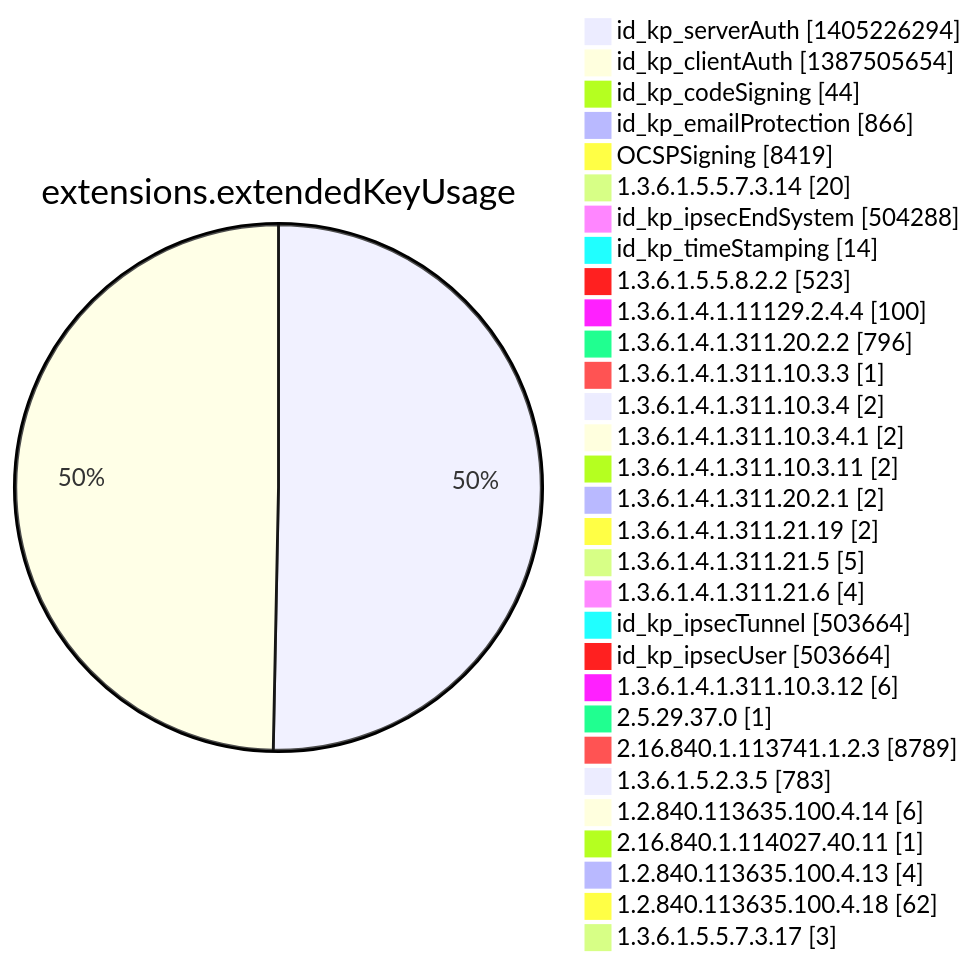
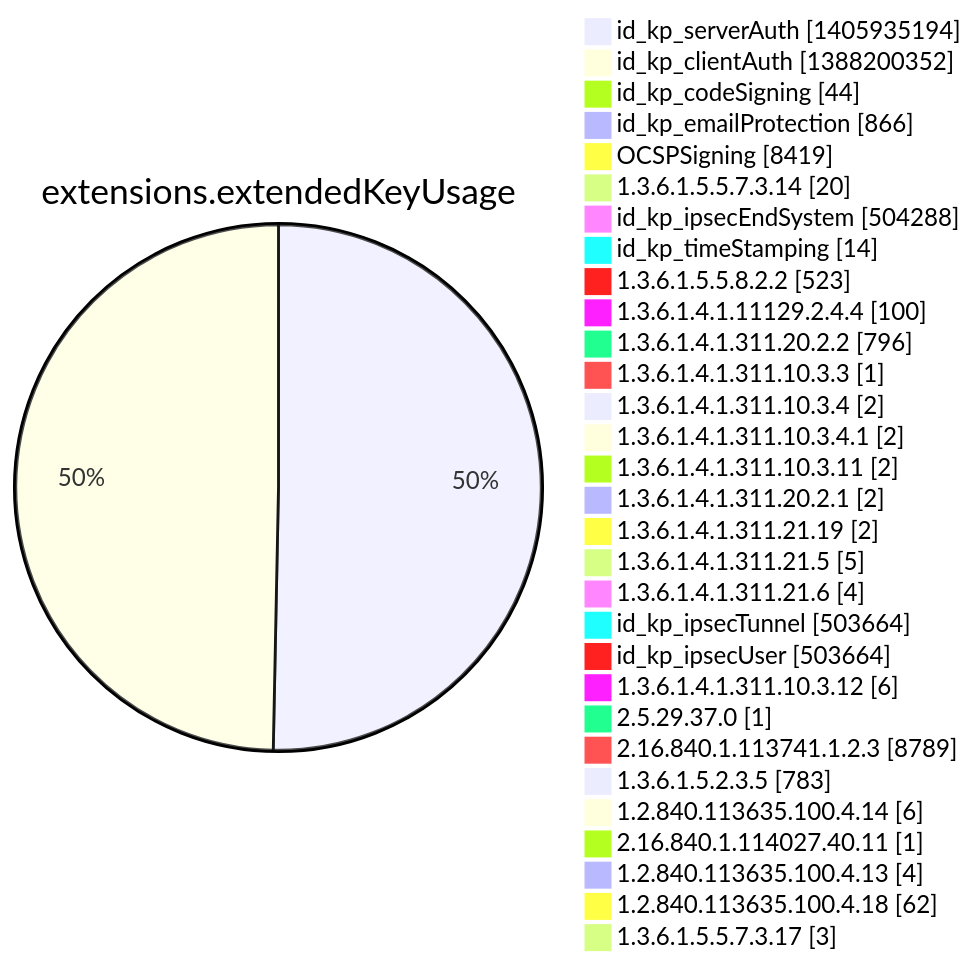
Diagram 12 of 15 in argon2022/README.md (christiankrug/ctmonitor_visualization), drawn with Mermaid before and after one commit. The commit also changed other lines of this file, not shown here.

````diff
--- a/argon2022/README.md
+++ b/argon2022/README.md
@@ -3554,34 +3554,34 @@
 ```mermaid
 pie showData
 title extensions.extendedKeyUsage
-"id_kp_serverAuth" :1405226294
-"id_kp_clientAuth" :1387505654
+"id_kp_serverAuth" :1405935194
+"id_kp_clientAuth" :1388200352
 "id_kp_codeSigning" :44
 "id_kp_emailProtection" :866
 "OCSPSigning" :8419
 "1.3.6.1.5.5.7.3.14" :20
 "id_kp_ipsecEndSystem" :504288
 "id_kp_timeStamping" :14
 "1.3.6.1.5.5.8.2.2" :523
 "1.3.6.1.4.1.11129.2.4.4" :100
 "1.3.6.1.4.1.311.20.2.2" :796
 "1.3.6.1.4.1.311.10.3.3" :1
 "1.3.6.1.4.1.311.10.3.4" :2
 "1.3.6.1.4.1.311.10.3.4.1" :2
 "1.3.6.1.4.1.311.10.3.11" :2
 "1.3.6.1.4.1.311.20.2.1" :2
 "1.3.6.1.4.1.311.21.19" :2
 "1.3.6.1.4.1.311.21.5" :5
 "1.3.6.1.4.1.311.21.6" :4
 "id_kp_ipsecTunnel" :503664
 "id_kp_ipsecUser" :503664
 "1.3.6.1.4.1.311.10.3.12" :6
 "2.5.29.37.0" :1
 "2.16.840.1.113741.1.2.3" :8789
 "1.3.6.1.5.2.3.5" :783
 "1.2.840.113635.100.4.14" :6
 "2.16.840.1.114027.40.11" :1
 "1.2.840.113635.100.4.13" :4
 "1.2.840.113635.100.4.18" :62
 "1.3.6.1.5.5.7.3.17" :3
 ```
````
